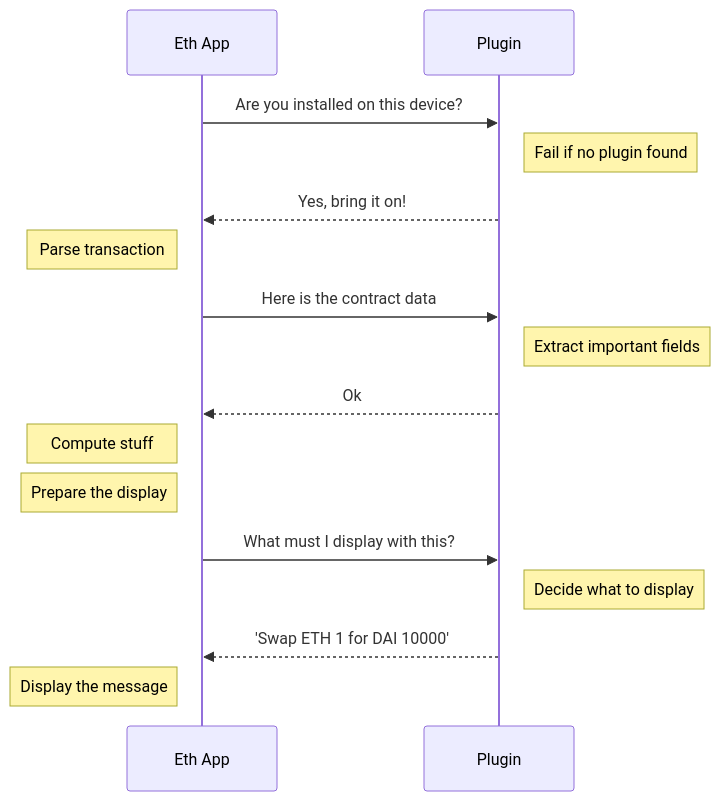
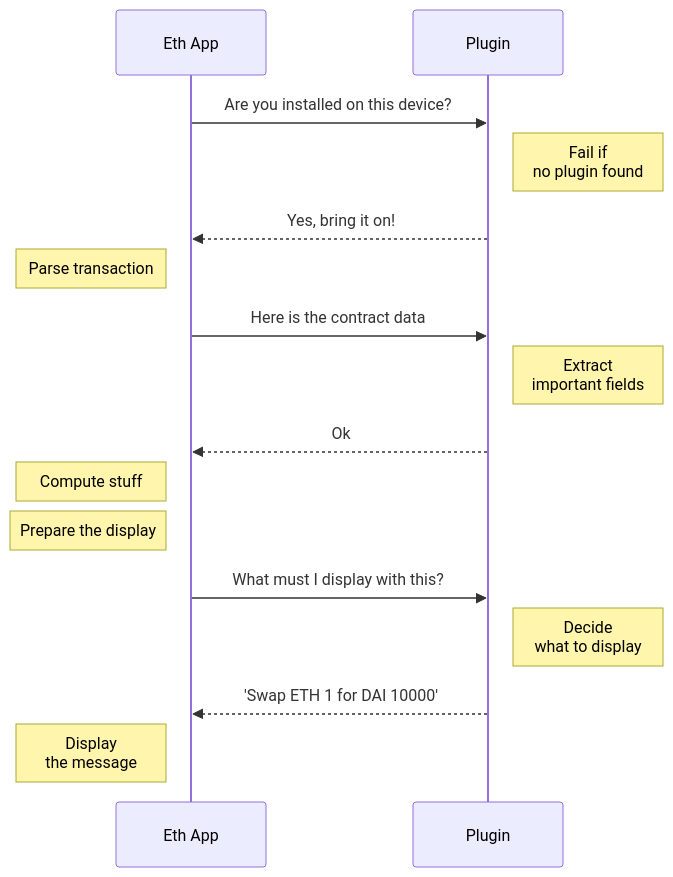
Before and after one commit to vbaconnet-ledger/developer-portal: the diagram in _docs/dapp/nano-plugin/overview.md, drawn with Mermaid. The commit also changed 2 other files, not shown here.

Commit message:
added line break

```diff
--- a/_docs/dapp/nano-plugin/overview.md
+++ b/_docs/dapp/nano-plugin/overview.md
@@ -57,16 +57,16 @@
 <div class="mermaid">
 sequenceDiagram
     Eth App ->> Plugin: Are you installed on this device?
-    Note right of Plugin: Fail if no plugin found
+    Note right of Plugin: Fail if<br>no plugin found
     Plugin -->> Eth App: Yes, bring it on!
     Note left of Eth App: Parse transaction
     Eth App ->> Plugin: Here is the contract data
-    Note right of Plugin: Extract important fields
+    Note right of Plugin: Extract<br>important fields
     Plugin -->> Eth App: Ok
     Note left of Eth App: Compute stuff
     Note left of Eth App: Prepare the display
     Eth App ->> Plugin: What must I display with this?
-    Note right of Plugin: Decide what to display
+    Note right of Plugin: Decide<br>what to display
     Plugin -->> Eth App: 'Swap ETH 1 for DAI 10000'
-    Note left of Eth App: Display the message
+    Note left of Eth App: Display<br>the message
 </div>
```
